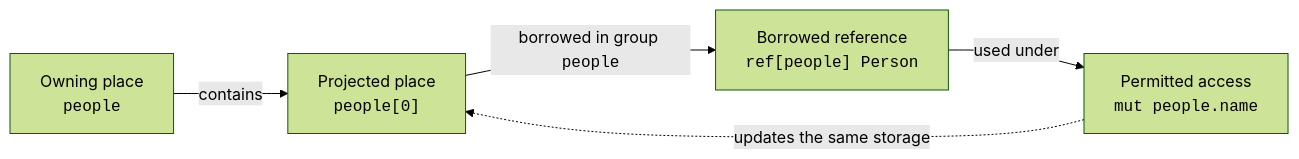
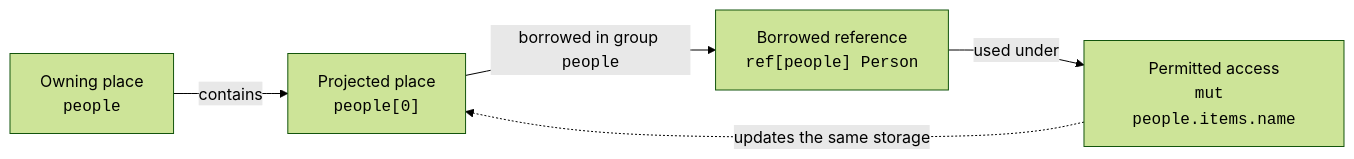
The first of 3 diagrams in docs/ownership.md (JEBailey/foster), drawn with Mermaid (forest theme) before and after one commit. The commit also changed other lines of this file and 112 other files, not shown here.

````diff
--- a/docs/ownership.md
+++ b/docs/ownership.md
@@ -241,12 +266,12 @@
 ```mermaid
 flowchart LR
     owner["Owning place<br/><code>people</code>"]
     member["Projected place<br/><code>people[0]</code>"]
     reference["Borrowed reference<br/><code>ref[people] Person</code>"]
-    effect["Permitted access<br/><code>mut people.name</code>"]
+    effect["Permitted access<br/><code>mut people.items.name</code>"]
 
     owner -->|contains| member
     member -->|borrowed in group <code>people</code>| reference
     reference -->|used under| effect
     effect -.->|updates the same storage| member
 ```
````
